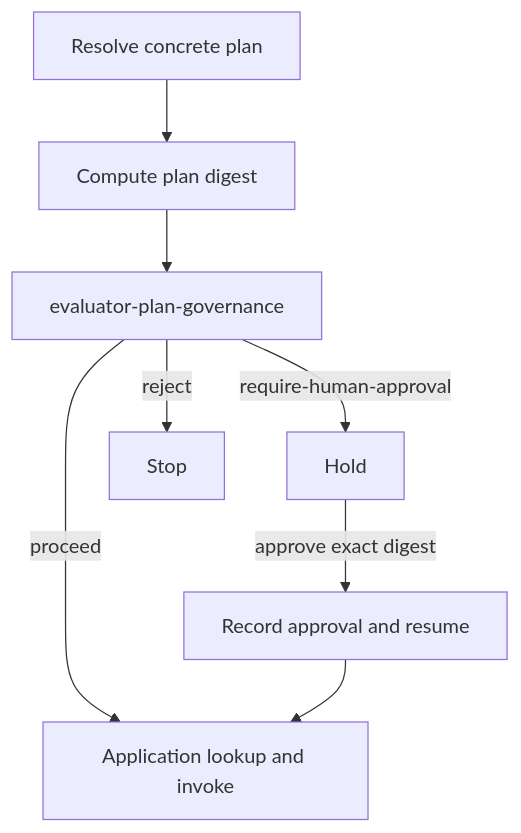
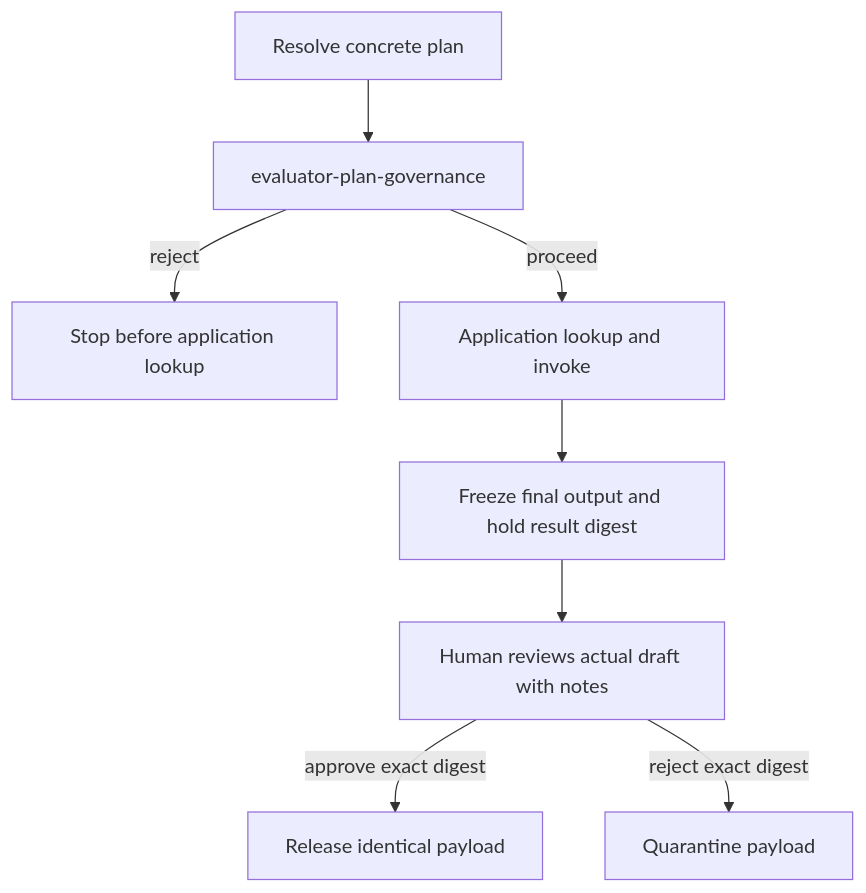
The diagram in system/ARCHITECTURE.md (AgentOrientedArchitecture/aoa-course), drawn with Mermaid before and after one commit. The commit also changed other lines of this file and 34 other files, not shown here.

````diff
--- a/system/ARCHITECTURE.md
+++ b/system/ARCHITECTURE.md
@@ -107,10 +119,10 @@
 ```mermaid
 flowchart TD
-    A[Resolve concrete plan] --> B[Compute plan digest]
-    B --> C[evaluator-plan-governance]
-    C -->|proceed| D[Application lookup and invoke]
-    C -->|require-human-approval| E[Hold]
-    E -->|approve exact digest| F[Record approval and resume]
-    F --> D
-    C -->|reject| G[Stop]
+    A[Resolve concrete plan] --> B[evaluator-plan-governance]
+    B -->|reject| C[Stop before application lookup]
+    B -->|proceed| D[Application lookup and invoke]
+    D --> E[Freeze final output and hold result digest]
+    E --> F[Human reviews actual draft with notes]
+    F -->|approve exact digest| G[Release identical payload]
+    F -->|reject exact digest| H[Quarantine payload]
 ```
````
